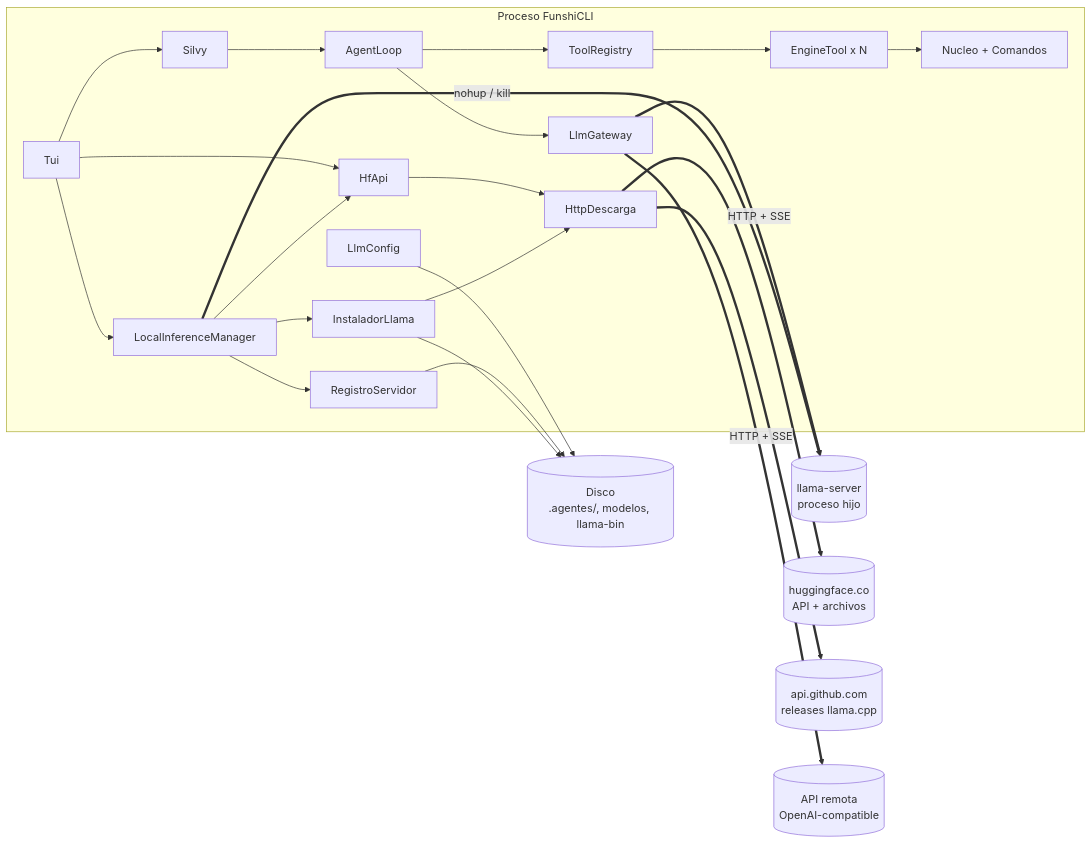
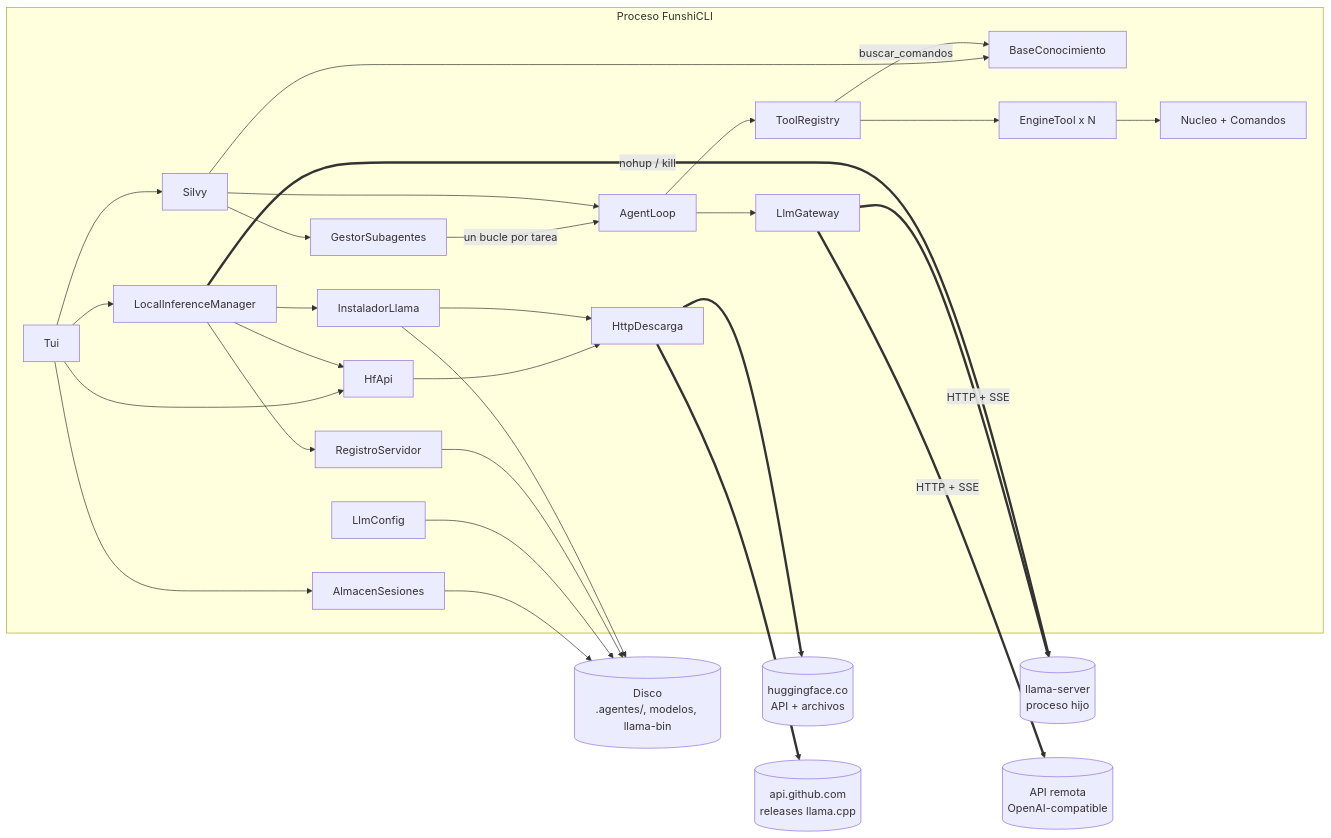
Before and after one commit to FunshiEngine/FunshiEngineCLI: the second of 12 diagrams in doc/uml/ArquitecturaUML.es.md, drawn with Mermaid. The commit also changed other lines of this file and 8 other files, not shown here.

First line of the commit message:
docs: sesiones, RAG, subagentes y monitoreo del agente

````diff
--- a/doc/uml/ArquitecturaUML.es.md
+++ b/doc/uml/ArquitecturaUML.es.md
@@ -72,46 +74,55 @@
 ```mermaid
 graph LR
     subgraph CLI [Proceso FunshiCLI]
         TUI[Tui]
+        SES[AlmacenSesiones]
         SILVY[Silvy]
+        RAG[BaseConocimiento]
+        SUB[GestorSubagentes]
         LOOP[AgentLoop]
         REG[ToolRegistry]
         TOOLS[EngineTool x N]
         GW[LlmGateway]
         HF[HfApi]
         LIM[LocalInferenceManager]
         INST[InstaladorLlama]
         RSV[RegistroServidor]
         HTTP[HttpDescarga]
         CFG[LlmConfig]
         NUC[Nucleo + Comandos]
     end
 
     LLAMA[("llama-server<br/>proceso hijo")]
     HFAPI[("huggingface.co<br/>API + archivos")]
     GH[("api.github.com<br/>releases llama.cpp")]
     REMOTO[("API remota<br/>OpenAI-compatible")]
     DISCO[("Disco<br/>.agentes/, modelos, llama-bin")]
 
     TUI --> SILVY
+    TUI --> SES
+    SES --> DISCO
+    SILVY --> RAG
+    SILVY --> SUB
+    SUB -->|un bucle por tarea| LOOP
+    REG -->|buscar_comandos| RAG
     TUI --> HF
     TUI --> LIM
     SILVY --> LOOP
     LOOP --> GW
     LOOP --> REG
     REG --> TOOLS
     TOOLS --> NUC
     GW ==>|HTTP + SSE| LLAMA
     GW ==>|HTTP + SSE| REMOTO
     HF --> HTTP
     HTTP ==> HFAPI
     LIM --> INST
     LIM --> RSV
     LIM --> HF
     INST --> HTTP
     HTTP ==> GH
     LIM ==>|nohup / kill| LLAMA
     CFG --> DISCO
     RSV --> DISCO
     INST --> DISCO
 ```
````
